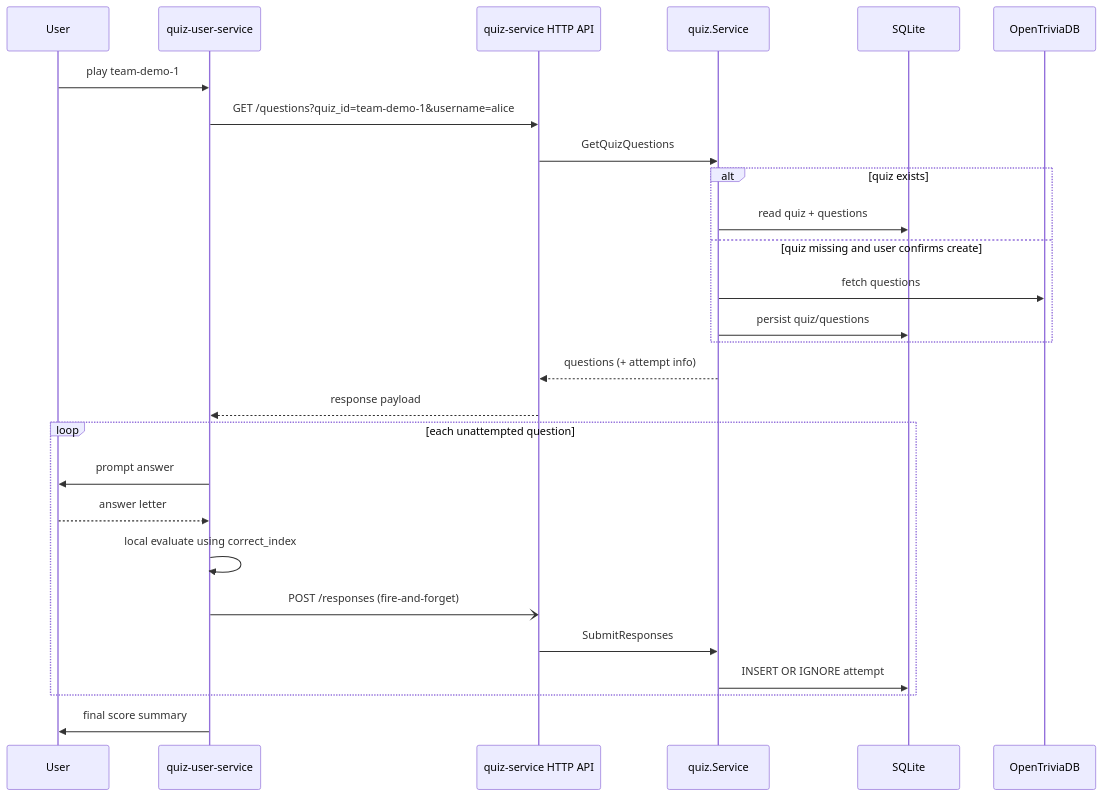
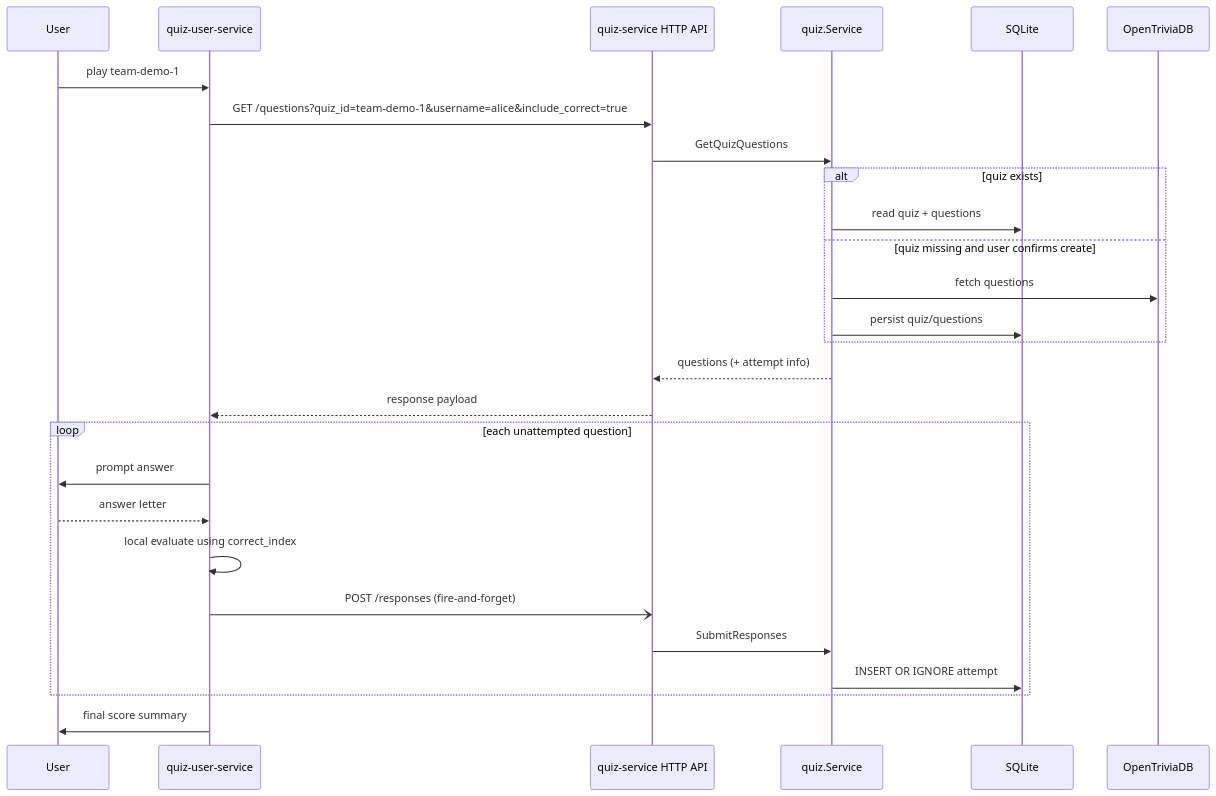
One commit to sarthakw95/quiz-app changed the second of 3 diagrams in docs/diagrams.md. Above: the diagram before and after it, drawn with Mermaid. The commit also changed 9 other files, not shown here.

````diff
--- a/docs/diagrams.md
+++ b/docs/diagrams.md
@@ -26,34 +26,34 @@
 ```mermaid
 sequenceDiagram
     participant User
     participant Client as quiz-user-service
     participant API as quiz-service HTTP API
     participant Service as quiz.Service
     participant DB as SQLite
     participant OTDB as OpenTriviaDB
 
     User->>Client: play team-demo-1
-    Client->>API: GET /questions?quiz_id=team-demo-1&username=alice
+    Client->>API: GET /questions?quiz_id=team-demo-1&username=alice&include_correct=true
     API->>Service: GetQuizQuestions
 
     alt quiz exists
         Service->>DB: read quiz + questions
     else quiz missing and user confirms create
         Service->>OTDB: fetch questions
         Service->>DB: persist quiz/questions
     end
 
     Service-->>API: questions (+ attempt info)
     API-->>Client: response payload
 
     loop each unattempted question
         Client->>User: prompt answer
         User-->>Client: answer letter
         Client->>Client: local evaluate using correct_index
         Client-)API: POST /responses (fire-and-forget)
         API->>Service: SubmitResponses
         Service->>DB: INSERT OR IGNORE attempt
     end
 
     Client->>User: final score summary
 ```
````
